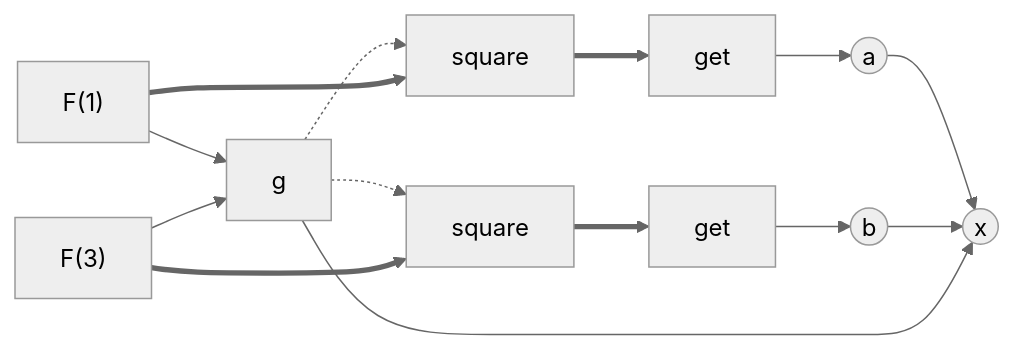
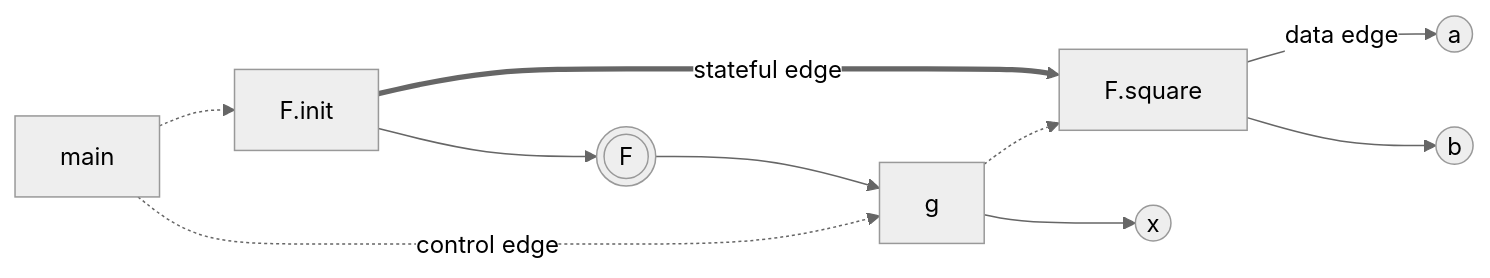
One commit to codenet/col733-cloud changed the second of 2 diagrams in compute-ray.md. Above: the diagram before and after it, drawn with Mermaid (neutral theme). The commit also changed other lines of this file, not shown here.

````diff
--- a/compute-ray.md
+++ b/compute-ray.md
@@ -165,31 +168,24 @@
 ```mermaid
 flowchart LR
-  fa["F(1)"]
-  fb["F(3)"]
-	sa[square]
-	sb[square]
-	ga[get]
-	gb[get]
+	f["F.init"]
+	s["F.square"]
 
+	F(((F)))
 	a((a))
 	b((b))
 	x((x))
 
-  fa --> g
-  fb --> g
+	main -.-> f
+	main -.-> |control edge| g
 
-	g -.-> sa
-	g -.-> sb
+	f --> F
+	F --> g
 
-	fa ==> sa
-	fb ==> sb
+	g -.-> s
+	f ==> |stateful edge| s
 
-	sa ==> ga
-	sb ==> gb
-
-	ga --> a
-	gb --> b
-	a --> x
-	b --> x
+	s --> |data edge| a
+	s --> b
+	
 	g --> x
 ```
````
